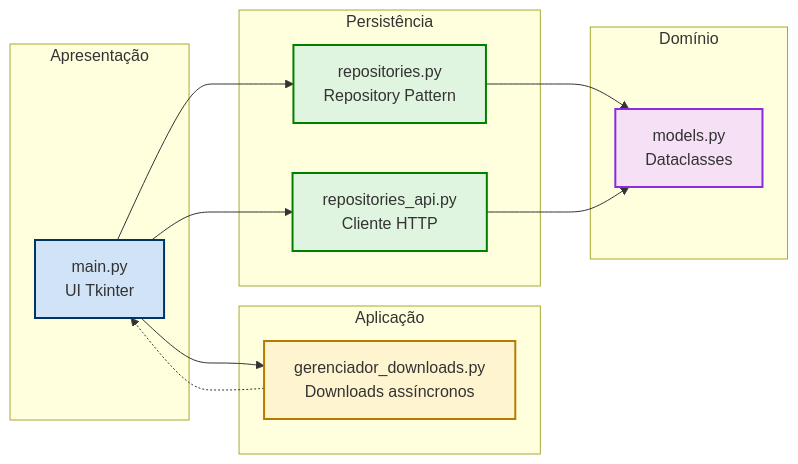
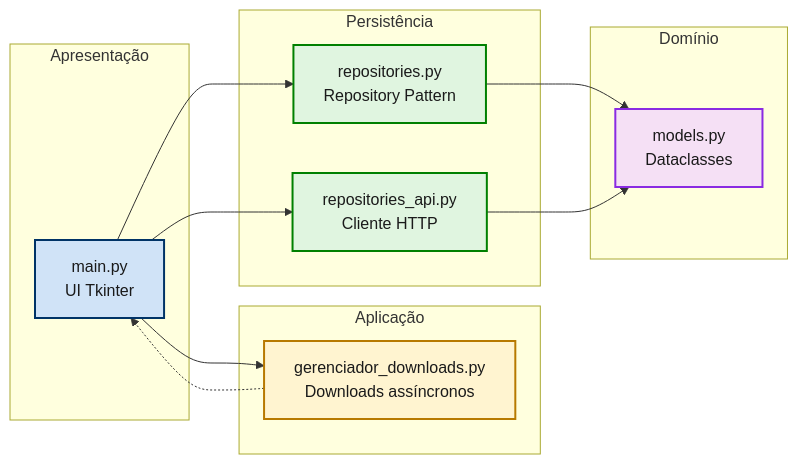
Before and after one commit to lordepeter/PDF_Reader: the first of 4 diagrams in README.md, drawn with Mermaid. The commit also changed other lines of this file, not shown here.

````diff
--- a/README.md
+++ b/README.md
@@ -65,29 +62,29 @@
 ```mermaid
 graph LR
     subgraph Apresentação
         UI[main.py<br/>UI Tkinter]
     end
     subgraph Aplicação
         GD[gerenciador_downloads.py<br/>Downloads assíncronos]
     end
     subgraph Persistência
         REPO[repositories.py<br/>Repository Pattern]
         REPO_API[repositories_api.py<br/>Cliente HTTP]
     end
     subgraph Domínio
         MODELS[models.py<br/>Dataclasses]
     end
 
     UI --> GD
     UI --> REPO
     UI --> REPO_API
     REPO --> MODELS
     REPO_API --> MODELS
     GD -.-> UI
 
-    style UI fill:#D0E3F7,stroke:#003366,stroke-width:2px
-    style GD fill:#FFF4D0,stroke:#B77900,stroke-width:2px
-    style REPO fill:#E0F5E0,stroke:#008000,stroke-width:2px
-    style REPO_API fill:#E0F5E0,stroke:#008000,stroke-width:2px
-    style MODELS fill:#F5E0F5,stroke:#8A2BE2,stroke-width:2px
+    style UI fill:#D0E3F7,stroke:#003366,stroke-width:2px,color:#1a1a1a
+    style GD fill:#FFF4D0,stroke:#B77900,stroke-width:2px,color:#1a1a1a
+    style REPO fill:#E0F5E0,stroke:#008000,stroke-width:2px,color:#1a1a1a
+    style REPO_API fill:#E0F5E0,stroke:#008000,stroke-width:2px,color:#1a1a1a
+    style MODELS fill:#F5E0F5,stroke:#8A2BE2,stroke-width:2px,color:#1a1a1a
 ```
````
